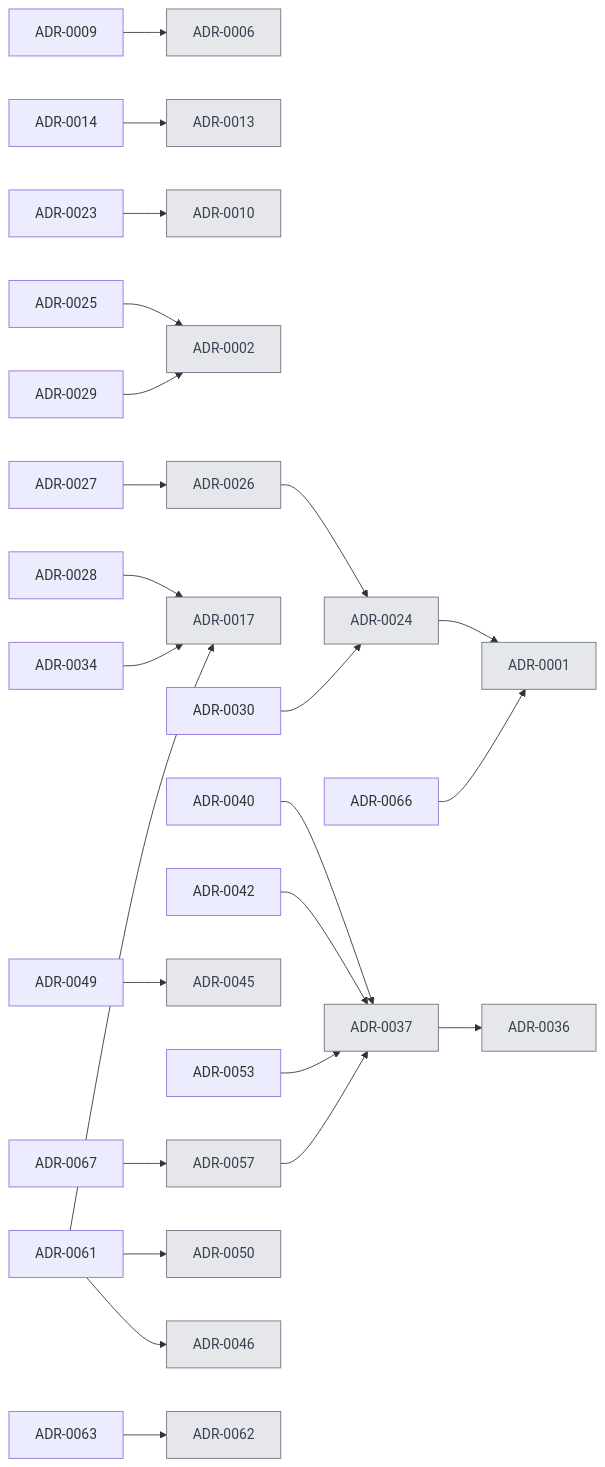
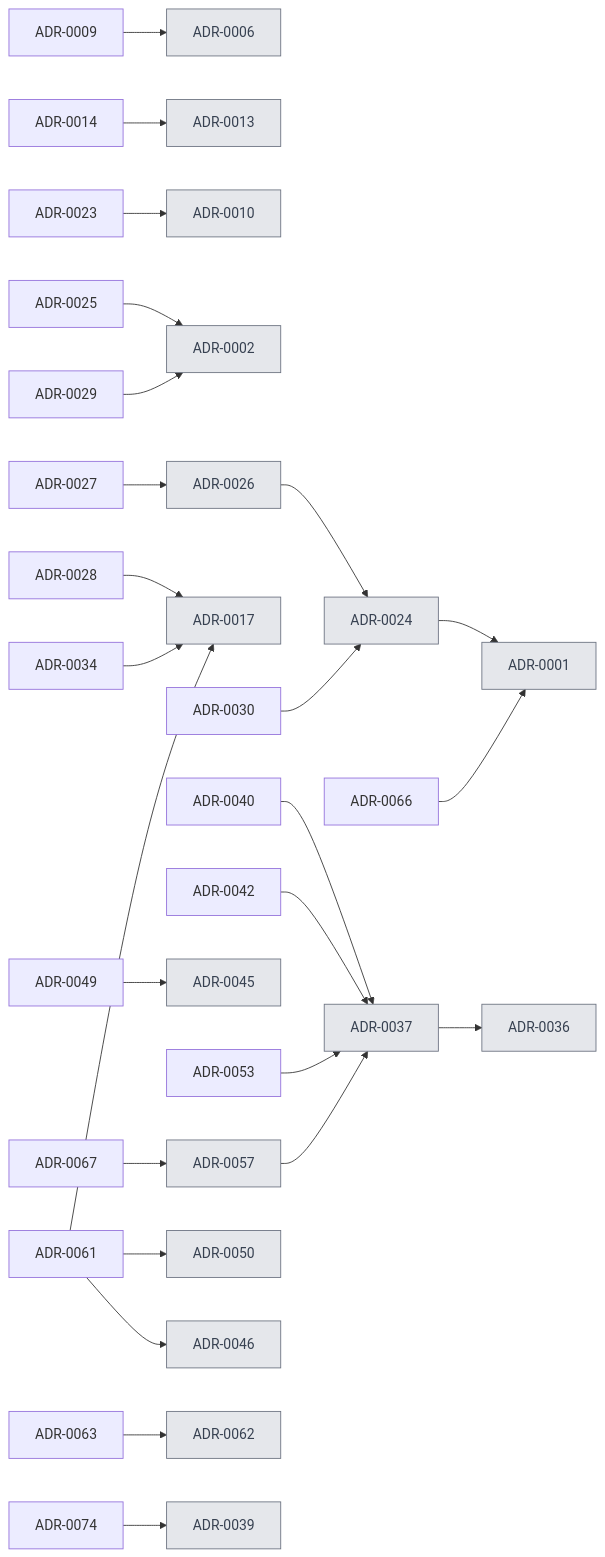
Before and after one commit to VM-s-Solutions/cleansia: the diagram in docs/decisions/index.md, drawn with Mermaid. The commit also changed other lines of this file and 7 other files, not shown here.

````diff
--- a/docs/decisions/index.md
+++ b/docs/decisions/index.md
@@ -18,28 +18,29 @@
 ```mermaid
 flowchart LR
   A0009[ADR-0009] --> A0006[ADR-0006]
   A0014[ADR-0014] --> A0013[ADR-0013]
   A0023[ADR-0023] --> A0010[ADR-0010]
   A0024[ADR-0024] --> A0001[ADR-0001]
   A0025[ADR-0025] --> A0002[ADR-0002]
   A0026[ADR-0026] --> A0024[ADR-0024]
   A0027[ADR-0027] --> A0026[ADR-0026]
   A0028[ADR-0028] --> A0017[ADR-0017]
   A0029[ADR-0029] --> A0002[ADR-0002]
   A0030[ADR-0030] --> A0024[ADR-0024]
   A0034[ADR-0034] --> A0017[ADR-0017]
   A0037[ADR-0037] --> A0036[ADR-0036]
   A0040[ADR-0040] --> A0037[ADR-0037]
   A0042[ADR-0042] --> A0037[ADR-0037]
   A0049[ADR-0049] --> A0045[ADR-0045]
   A0053[ADR-0053] --> A0037[ADR-0037]
   A0057[ADR-0057] --> A0037[ADR-0037]
   A0061[ADR-0061] --> A0050[ADR-0050]
   A0061[ADR-0061] --> A0017[ADR-0017]
   A0061[ADR-0061] --> A0046[ADR-0046]
   A0063[ADR-0063] --> A0062[ADR-0062]
   A0066[ADR-0066] --> A0001[ADR-0001]
   A0067[ADR-0067] --> A0057[ADR-0057]
+  A0074[ADR-0074] --> A0039[ADR-0039]
   classDef old fill:#e5e7eb,stroke:#6b7280,color:#374151
-  class A0001,A0002,A0006,A0010,A0013,A0017,A0024,A0026,A0036,A0037,A0045,A0046,A0050,A0057,A0062 old
+  class A0001,A0002,A0006,A0010,A0013,A0017,A0024,A0026,A0036,A0037,A0039,A0045,A0046,A0050,A0057,A0062 old
 ```
````
